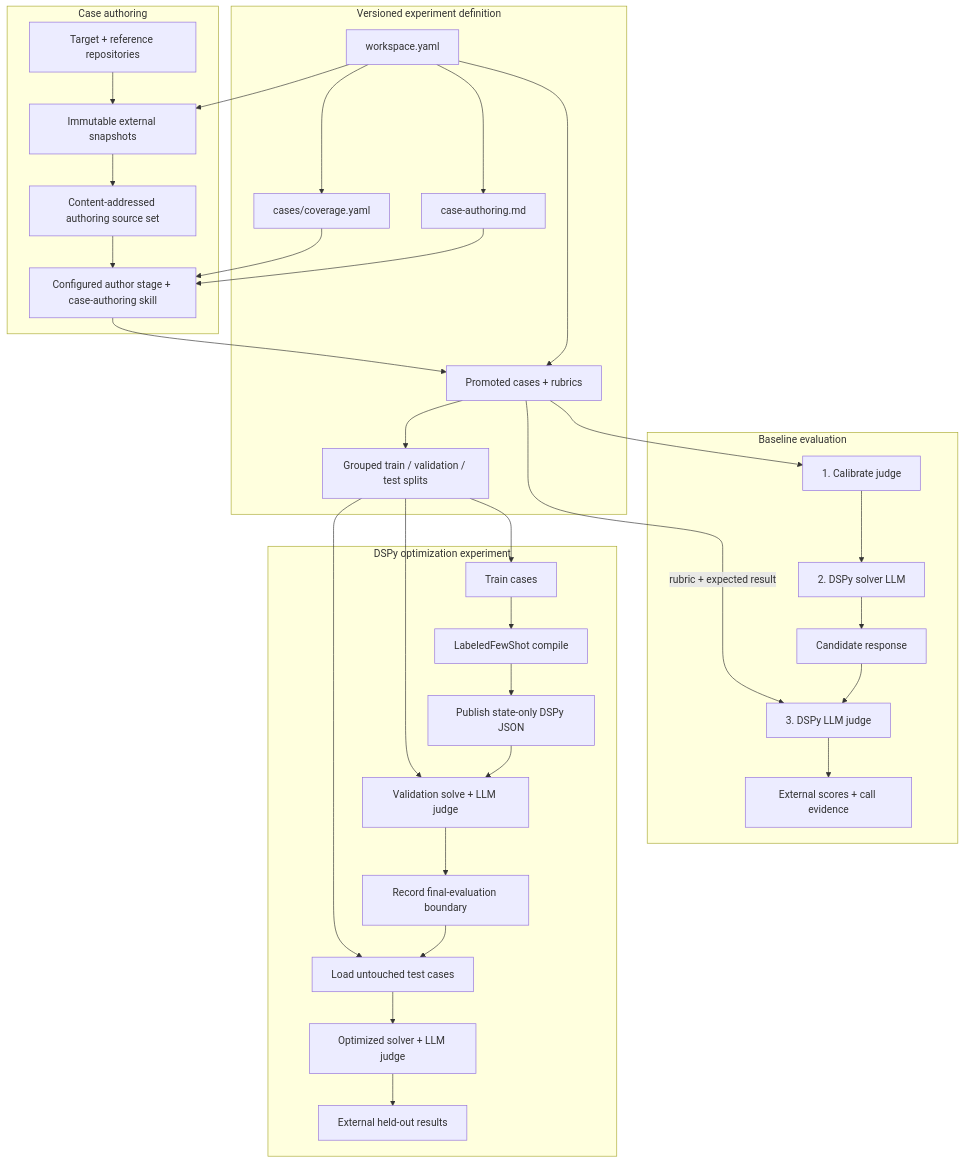
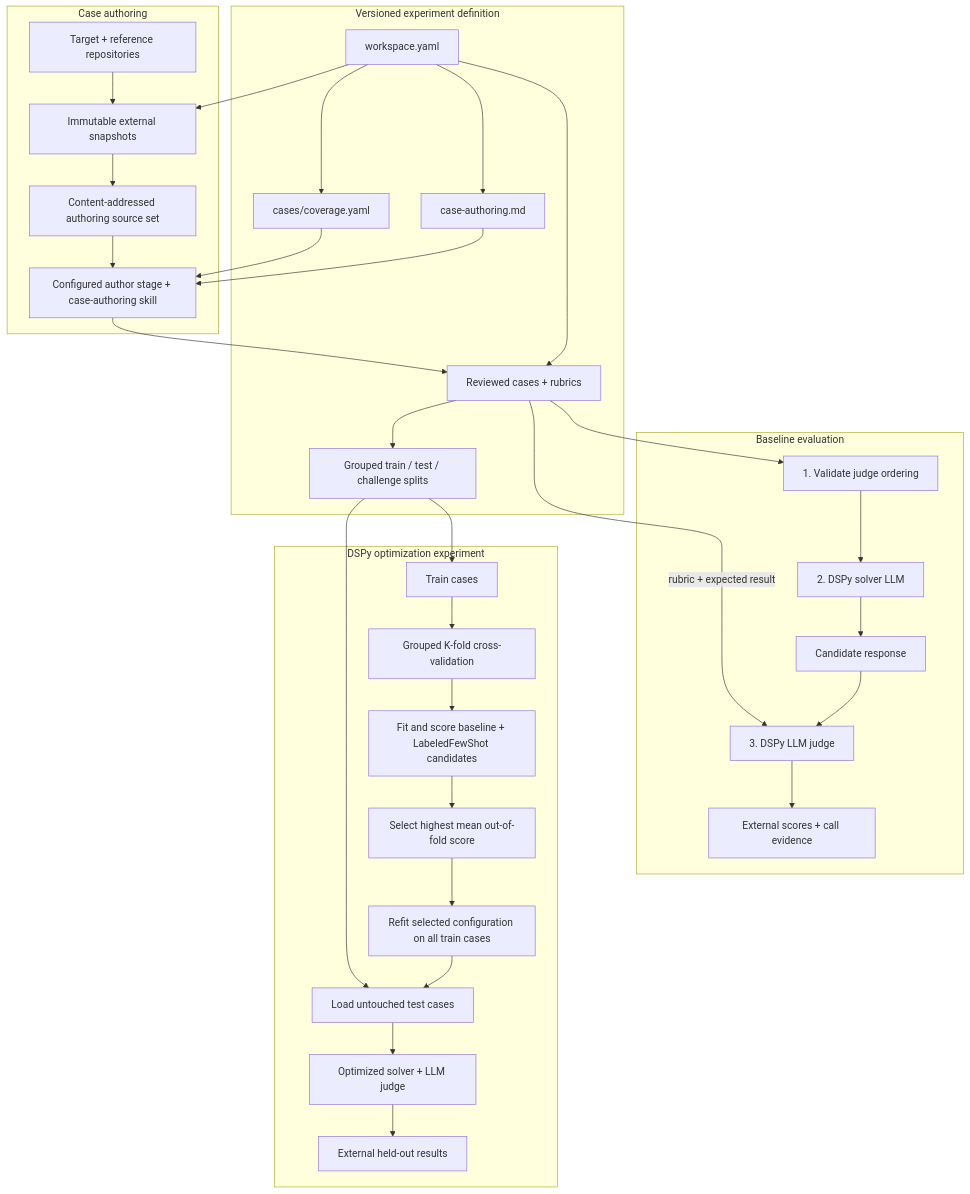
Before and after one commit to mainsequence-sdk/repo-agent-eval: the diagram in README.md, drawn with Mermaid. The commit also changed other lines of this file and 1883 other files, not shown here.

````diff
--- a/README.md
+++ b/README.md
@@ -38,46 +38,45 @@
 ```mermaid
 flowchart TB
     subgraph Definition["Versioned experiment definition"]
         Workspace["workspace.yaml"]
         AuthoringPolicy["case-authoring.md"]
         CapabilityCatalog["cases/coverage.yaml"]
-        Cases["Promoted cases + rubrics"]
-        Splits["Grouped train / validation / test splits"]
+        Cases["Reviewed cases + rubrics"]
+        Splits["Grouped train / test / challenge splits"]
         Workspace --> AuthoringPolicy
         Workspace --> CapabilityCatalog
         Workspace --> Cases
         Cases --> Splits
     end
 
     subgraph Authoring["Case authoring"]
         Repo["Target + reference repositories"] --> Snapshot["Immutable external snapshots"]
         Workspace --> Snapshot
         Snapshot --> SourceSet["Content-addressed authoring source set"]
         SourceSet --> Author["Configured author stage + case-authoring skill"]
         AuthoringPolicy --> Author
         CapabilityCatalog --> Author
         Author --> Cases
     end
 
     subgraph Baseline["Baseline evaluation"]
-        Cases --> Calibration["1. Calibrate judge"]
-        Calibration --> Solver["2. DSPy solver LLM"]
+        Cases --> JudgeValidation["1. Validate judge ordering"]
+        JudgeValidation --> Solver["2. DSPy solver LLM"]
         Solver --> Candidate["Candidate response"]
         Candidate --> Judge["3. DSPy LLM judge"]
         Cases -->|"rubric + expected result"| Judge
         Judge --> BaselineResults["External scores + call evidence"]
     end
 
     subgraph Optimization["DSPy optimization experiment"]
         Splits --> Train["Train cases"]
-        Train --> Compile["LabeledFewShot compile"]
-        Compile --> Published["Publish state-only DSPy JSON"]
-        Published --> Validation["Validation solve + LLM judge"]
-        Splits --> Validation
-        Validation --> Boundary["Record final-evaluation boundary"]
-        Boundary --> Test["Load untouched test cases"]
+        Train --> Folds["Grouped K-fold cross-validation"]
+        Folds --> Candidates["Fit and score baseline + LabeledFewShot candidates"]
+        Candidates --> Select["Select highest mean out-of-fold score"]
+        Select --> Refit["Refit selected configuration on all train cases"]
+        Refit --> Test["Load untouched test cases"]
         Splits --> Test
         Test --> Final["Optimized solver + LLM judge"]
         Final --> OptimizedResults["External held-out results"]
     end
 ```
````
